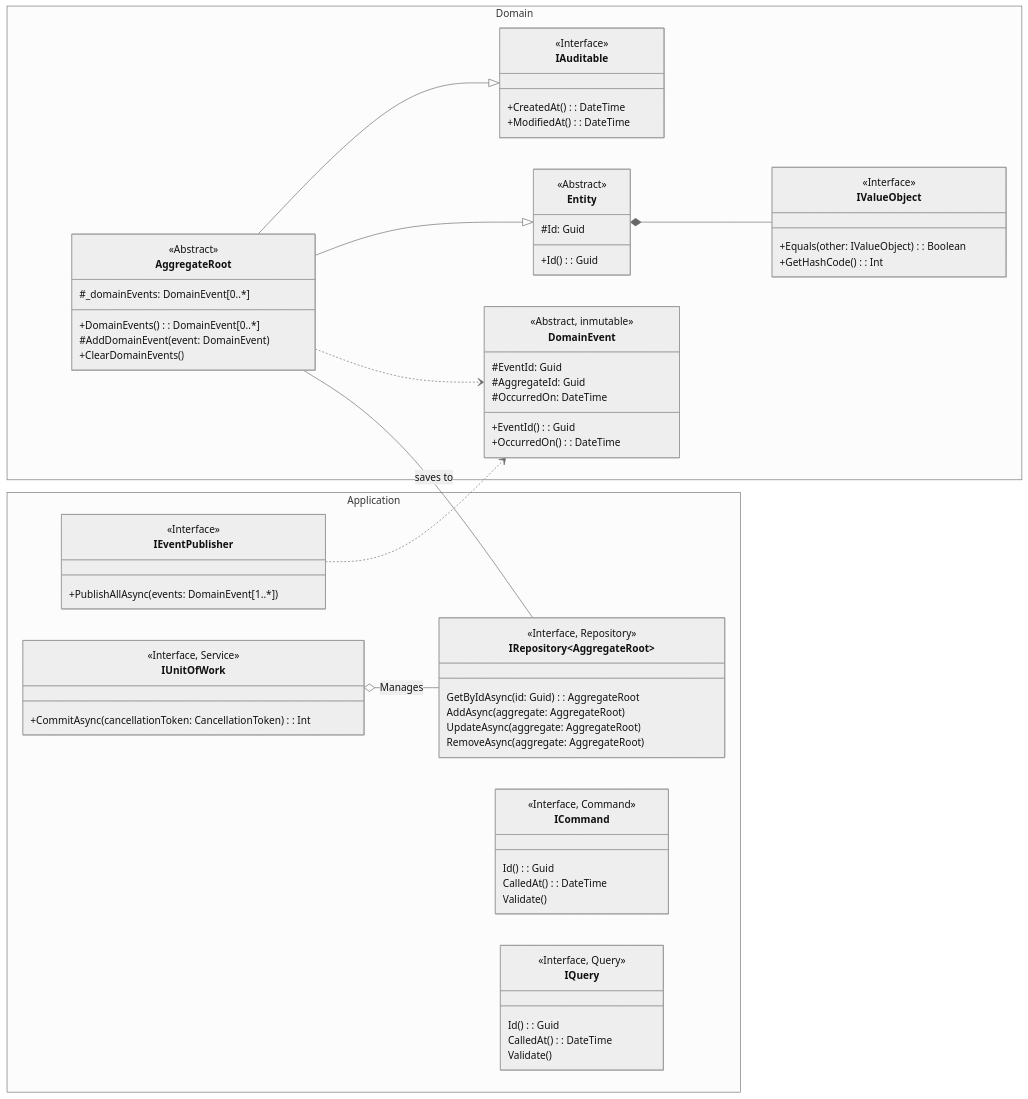
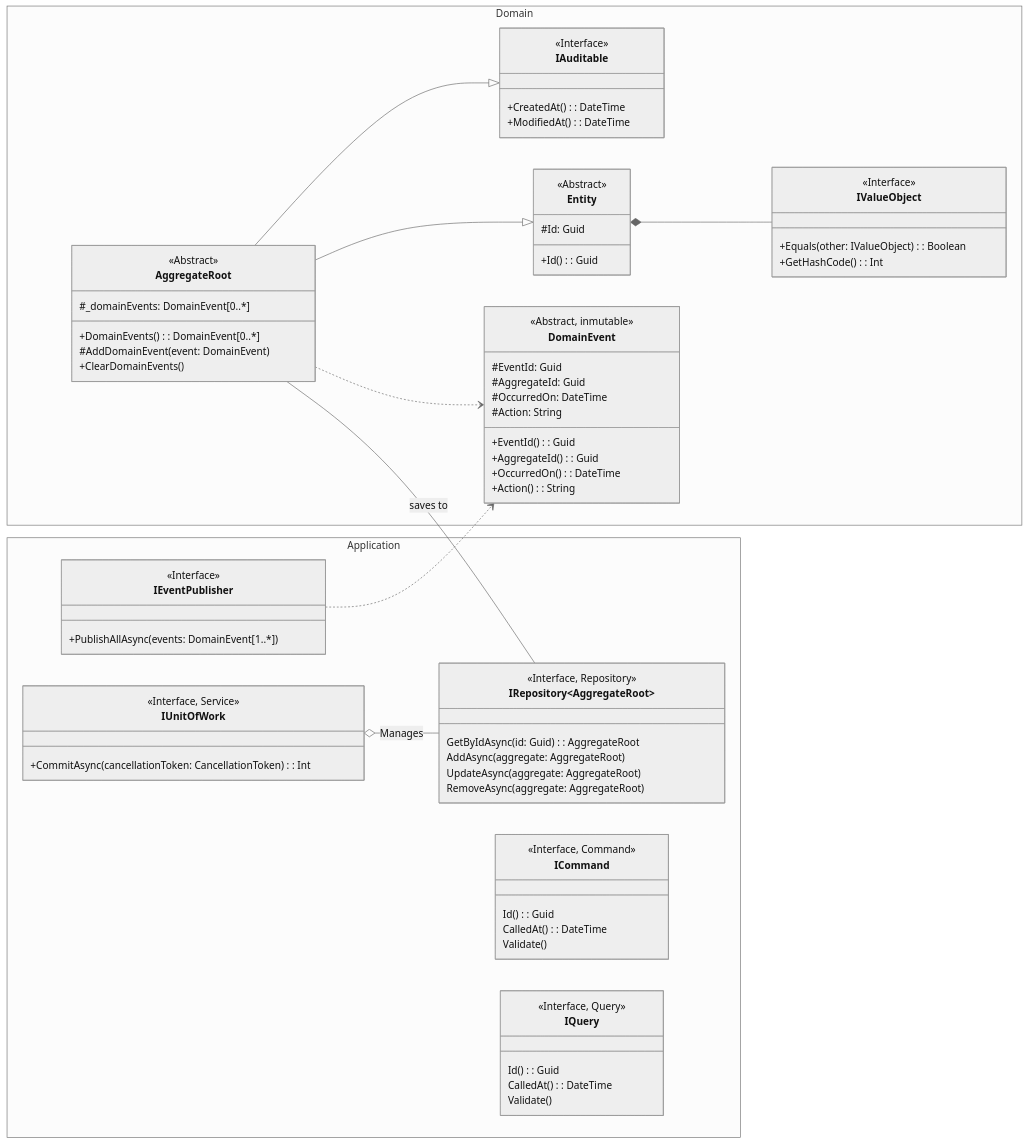
One commit to rogerrocaarano/AuthService changed the diagram in docs/dependencies/DDDSharp.Abstractions.0.2.0.mmd. Above: the diagram before and after it, drawn with Mermaid (neutral theme). The commit also changed 1 other file, not shown here.

```diff
--- a/docs/dependencies/DDDSharp.Abstractions.0.2.0.mmd
+++ b/docs/dependencies/DDDSharp.Abstractions.0.2.0.mmd
@@ -1,90 +1,93 @@
 classDiagram
     direction LR
     namespace Domain {
         class IValueObject
         class IAuditable
         class Entity
         class AggregateRoot
         class DomainEvent
     }
     namespace Application {
         class IEventPublisher
         class IRepository~AggregateRoot~
         class IUnitOfWork
         class ICommand
         class IQuery
     }
     class Entity {
         <<Abstract>>
         #Id: Guid
         +Id(): Guid
     }
     Entity *-- IValueObject
 
     class IAuditable {
         <<Interface>>
         +CreatedAt(): DateTime
         +ModifiedAt(): DateTime
     }
 
     class AggregateRoot {
         <<Abstract>>
         #_domainEvents: DomainEvent[0..*]
         +DomainEvents(): DomainEvent[0..*]
         #AddDomainEvent(event: DomainEvent)
         +ClearDomainEvents()
     }
     AggregateRoot --|> Entity
     AggregateRoot --|> IAuditable
     AggregateRoot ..> DomainEvent
     AggregateRoot -- IRepository~AggregateRoot~: saves to
 
 
     class IValueObject~IValueObject~ {
         <<Interface>>
         +Equals(other: IValueObject): Boolean
         +GetHashCode(): Int
     }
 
     class IEventPublisher {
         <<Interface>>
         +PublishAllAsync(events: DomainEvent[1..*])
     }
     IEventPublisher ..> DomainEvent
 
     class DomainEvent {
         <<Abstract, inmutable>>
         #EventId: Guid
         #AggregateId: Guid
         #OccurredOn: DateTime
+        #Action: String
         +EventId(): Guid
+        +AggregateId(): Guid
         +OccurredOn(): DateTime
-}
+        +Action(): String
+    }
 
     class IRepository~AggregateRoot~ {
         <<Interface, Repository>>
         GetByIdAsync(id: Guid): AggregateRoot
         AddAsync(aggregate: AggregateRoot)
         UpdateAsync(aggregate: AggregateRoot)
         RemoveAsync(aggregate: AggregateRoot)
     }
 
     class IUnitOfWork {
         <<Interface, Service>>
         +CommitAsync(cancellationToken: CancellationToken): Int
     }
     IUnitOfWork o-- IRepository~AggregateRoot~: Manages
 
     class ICommand {
         <<Interface, Command>>
         Id(): Guid
         CalledAt(): DateTime
         Validate()
     }
 
     class IQuery~TResult~ {
         <<Interface, Query>>
         Id(): Guid
         CalledAt(): DateTime
         Validate()
     }
```
